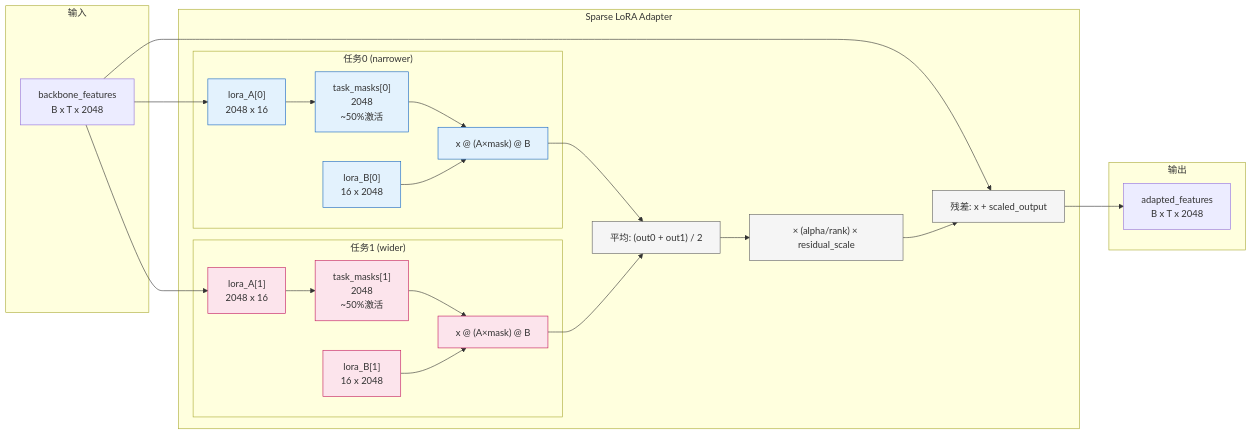
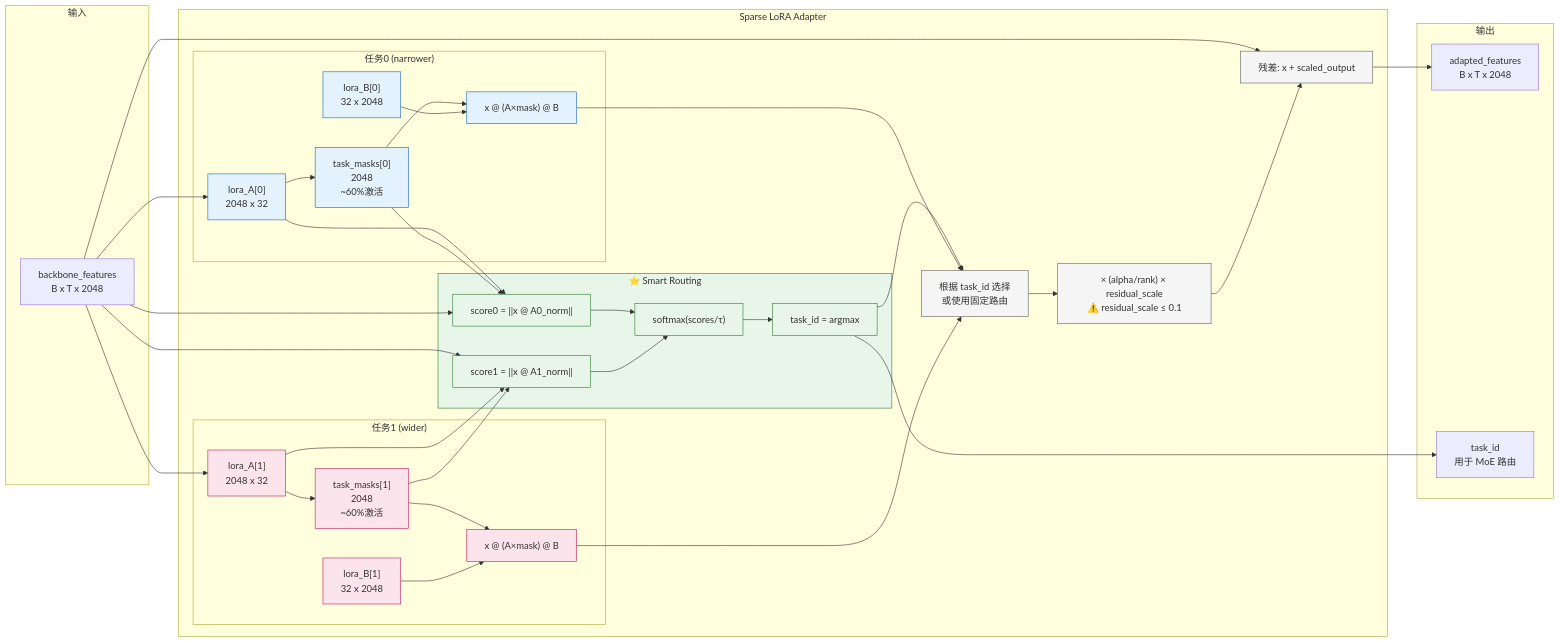
Before and after one commit to KKXiaoKang/humanoid_groot: the second of 5 diagrams in docs/MERGEVLA_EXPLANATION.md, drawn with Mermaid. The commit also changed other lines of this file and 1 other file, not shown here.

````diff
--- a/docs/MERGEVLA_EXPLANATION.md
+++ b/docs/MERGEVLA_EXPLANATION.md
@@ -183,56 +170,78 @@
 ```mermaid
 graph LR
     subgraph Input["输入"]
         X["backbone_features<br/>B x T x 2048"]
     end
     
     subgraph SparseLoRA["Sparse LoRA Adapter"]
         subgraph Task0["任务0 (narrower)"]
-            A0["lora_A[0]<br/>2048 x 16"]
-            M0["task_masks[0]<br/>2048<br/>~50%激活"]
-            B0["lora_B[0]<br/>16 x 2048"]
+            A0["lora_A[0]<br/>2048 x 32"]
+            M0["task_masks[0]<br/>2048<br/>~60%激活"]
+            B0["lora_B[0]<br/>32 x 2048"]
             Compute0["x @ (A×mask) @ B"]
         end
         
         subgraph Task1["任务1 (wider)"]
-            A1["lora_A[1]<br/>2048 x 16"]
-            M1["task_masks[1]<br/>2048<br/>~50%激活"]
-            B1["lora_B[1]<br/>16 x 2048"]
+            A1["lora_A[1]<br/>2048 x 32"]
+            M1["task_masks[1]<br/>2048<br/>~60%激活"]
+            B1["lora_B[1]<br/>32 x 2048"]
             Compute1["x @ (A×mask) @ B"]
         end
         
-        Avg["平均: (out0 + out1) / 2"]
-        Scale["× (alpha/rank) × residual_scale"]
+        subgraph SmartRoute["⭐ Smart Routing"]
+            Score0["score0 = ||x @ A0_norm||"]
+            Score1["score1 = ||x @ A1_norm||"]
+            Softmax["softmax(scores/τ)"]
+            TaskID["task_id = argmax"]
+        end
+        
+        Select["根据 task_id 选择<br/>或使用固定路由"]
+        Scale["× (alpha/rank) × residual_scale<br/>⚠️ residual_scale ≤ 0.1"]
         Residual["残差: x + scaled_output"]
     end
     
     subgraph Output["输出"]
         Y["adapted_features<br/>B x T x 2048"]
+        TID["task_id<br/>用于 MoE 路由"]
     end
     
     X --> A0
     X --> A1
+    X --> Score0
+    X --> Score1
     X --> Residual
     
     A0 --> M0
     M0 --> Compute0
     B0 --> Compute0
     
     A1 --> M1
     M1 --> Compute1
     B1 --> Compute1
     
-    Compute0 --> Avg
-    Compute1 --> Avg
-    Avg --> Scale
+    A0 --> Score0
+    A1 --> Score1
+    M0 --> Score0
+    M1 --> Score1
+    Score0 --> Softmax
+    Score1 --> Softmax
+    Softmax --> TaskID
+    
+    TaskID --> Select
+    Compute0 --> Select
+    Compute1 --> Select
+    Select --> Scale
     Scale --> Residual
     Residual --> Y
+    TaskID --> TID
     
     classDef task0 fill:#e3f2fd,stroke:#1565c0
     classDef task1 fill:#fce4ec,stroke:#c2185b
+    classDef routing fill:#e8f5e9,stroke:#2e7d32
     classDef common fill:#f5f5f5,stroke:#616161
     
     class A0,M0,B0,Compute0 task0
     class A1,M1,B1,Compute1 task1
-    class Avg,Scale,Residual common
+    class Score0,Score1,Softmax,TaskID,SmartRoute routing
+    class Select,Scale,Residual common
 ```
````
